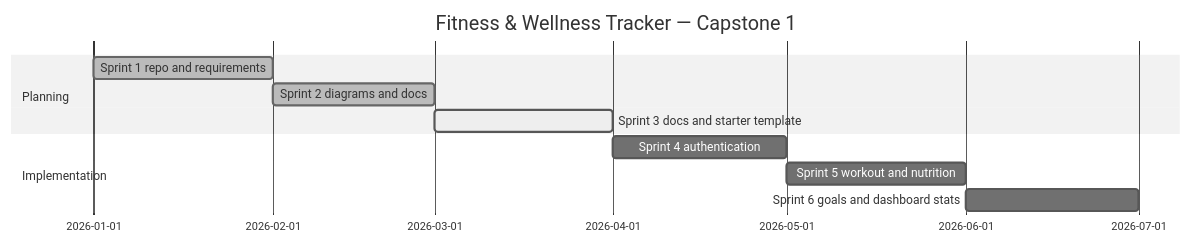
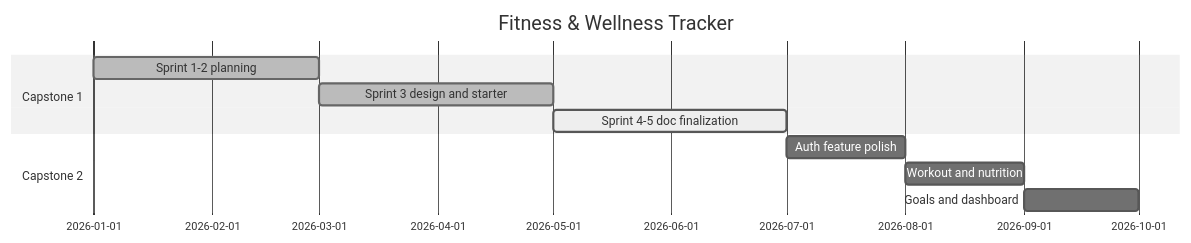
The diagram in docs/mvp-scope.md (aperez-999/fitness-wellness-tracker), drawn with Mermaid (neutral theme) before and after one commit. The commit also changed other lines of this file and 17 other files, not shown here.

````diff
--- a/docs/mvp-scope.md
+++ b/docs/mvp-scope.md
@@ -44,13 +52,13 @@
 ```mermaid
 gantt
-    title Fitness & Wellness Tracker — Capstone 1
+    title Fitness & Wellness Tracker
     dateFormat YYYY-MM
-    section Planning
-    Sprint 1 repo and requirements     :done, 2026-01, 2026-02
-    Sprint 2 diagrams and docs         :done, 2026-02, 2026-03
-    Sprint 3 docs and starter template :active, 2026-03, 2026-04
-    section Implementation
-    Sprint 4 authentication          :2026-04, 2026-05
-    Sprint 5 workout and nutrition     :2026-05, 2026-06
-    Sprint 6 goals and dashboard stats :2026-06, 2026-07
+    section Capstone 1
+    Sprint 1-2 planning           :done, 2026-01, 2026-03
+    Sprint 3 design and starter   :done, 2026-03, 2026-05
+    Sprint 4-5 doc finalization   :active, 2026-05, 2026-07
+    section Capstone 2
+    Auth feature polish           :2026-07, 2026-08
+    Workout and nutrition         :2026-08, 2026-09
+    Goals and dashboard           :2026-09, 2026-10
 ```
````
